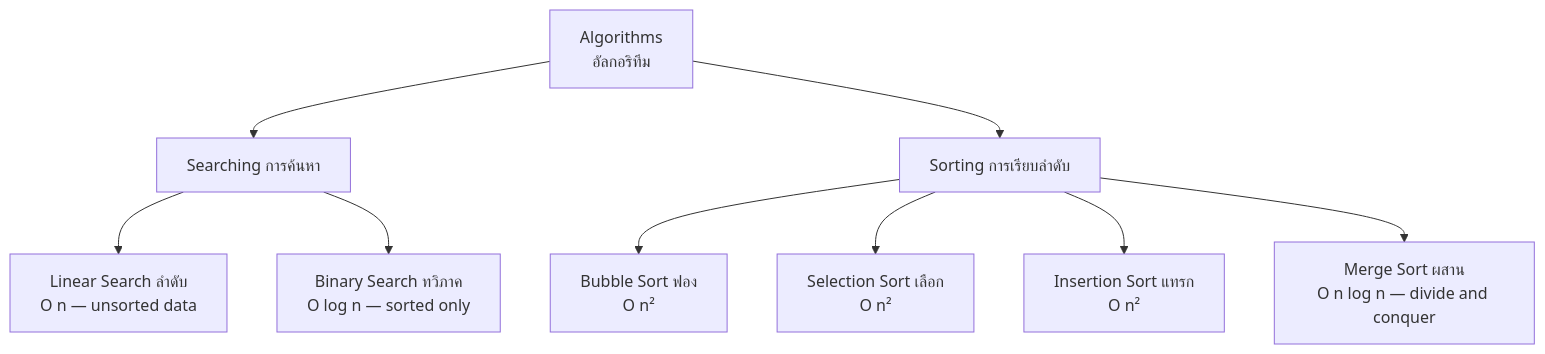
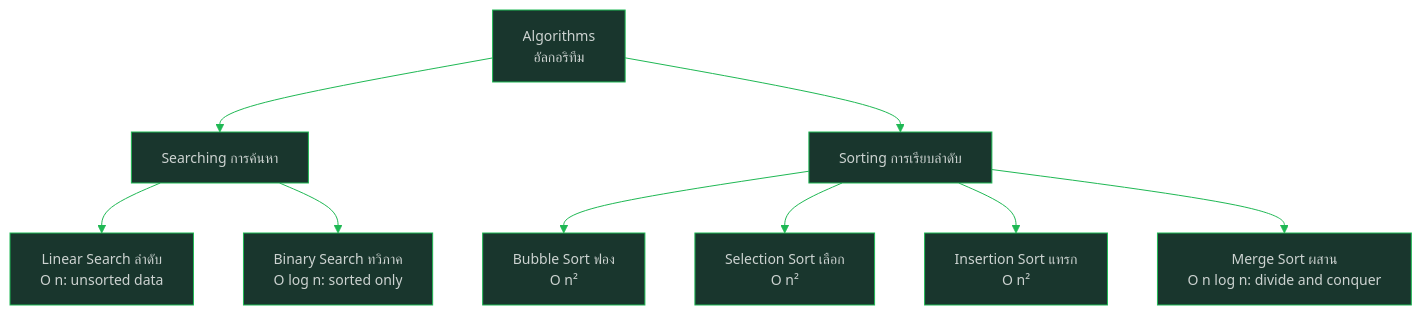
One commit to oat431/general-knowledge changed the first of 2 diagrams in Science/Advance/Computer Science/06_Algorithms.md. Above: the diagram before and after it, drawn with Mermaid. The commit also changed other lines of this file and 113 other files, not shown here.

````diff
--- a/Science/Advance/Computer Science/06_Algorithms.md
+++ b/Science/Advance/Computer Science/06_Algorithms.md
@@ -64,11 +64,12 @@
 ```mermaid
+%%{init: {'theme':'base','themeVariables':{'primaryColor':'#19362D','primaryTextColor':'#CDD3D1','primaryBorderColor':'#1FB854','lineColor':'#1FB854','background':'#1B1717','mainBkg':'#19362D','clusterBkg':'#161212','edgeLabelBackground':'#161212','titleColor':'#1FB854','fontSize':'14px'}}}%%
 flowchart TD
     ALGO["Algorithms<br/>อัลกอริทึม"] --> SEARCH["Searching การค้นหา"]
     ALGO --> SORT["Sorting การเรียบลำดับ"]
-    SEARCH --> LIN["Linear Search ลำดับ<br/>O n — unsorted data"]
-    SEARCH --> BIN["Binary Search ทวิภาค<br/>O log n — sorted only"]
+    SEARCH --> LIN["Linear Search ลำดับ<br/>O n: unsorted data"]
+    SEARCH --> BIN["Binary Search ทวิภาค<br/>O log n: sorted only"]
     SORT --> BUBBLE["Bubble Sort ฟอง<br/>O n²"]
     SORT --> SELECT["Selection Sort เลือก<br/>O n²"]
     SORT --> INSERT["Insertion Sort แทรก<br/>O n²"]
-    SORT --> MERGE["Merge Sort ผสาน<br/>O n log n — divide and conquer"]
+    SORT --> MERGE["Merge Sort ผสาน<br/>O n log n: divide and conquer"]
 ```
````
